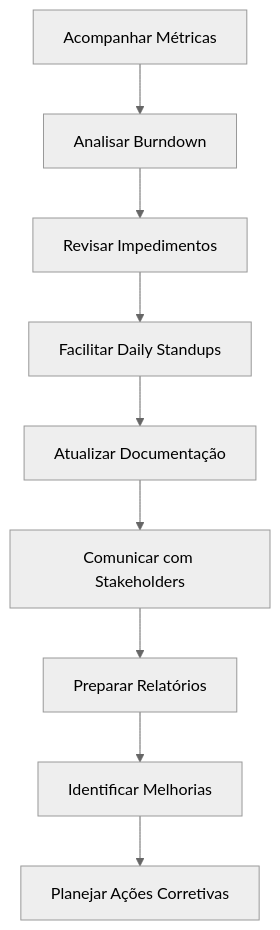
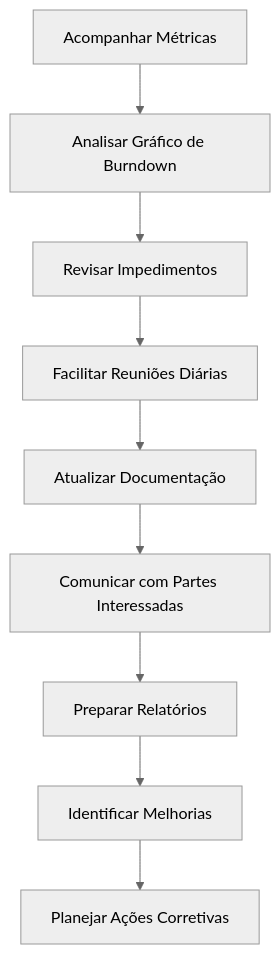
The eighth of 8 diagrams in index.md (llopes05/pds-corporativo), drawn with Mermaid (neutral theme) before and after one commit. The commit also changed other lines of this file and 2 other files, not shown here.

````diff
--- a/index.md
+++ b/index.md
@@ -169,11 +160,11 @@
 ```mermaid
 flowchart TD
-    A[Acompanhar Métricas] --> B[Analisar Burndown]
+    A[Acompanhar Métricas] --> B[Analisar Gráfico de Burndown]
     B --> C[Revisar Impedimentos]
-    C --> D[Facilitar Daily Standups]
+    C --> D[Facilitar Reuniões Diárias]
     D --> E[Atualizar Documentação]
-    E --> F[Comunicar com Stakeholders]
+    E --> F[Comunicar com Partes Interessadas]
     F --> G[Preparar Relatórios]
     G --> H[Identificar Melhorias]
     H --> I[Planejar Ações Corretivas]
 ```
````
